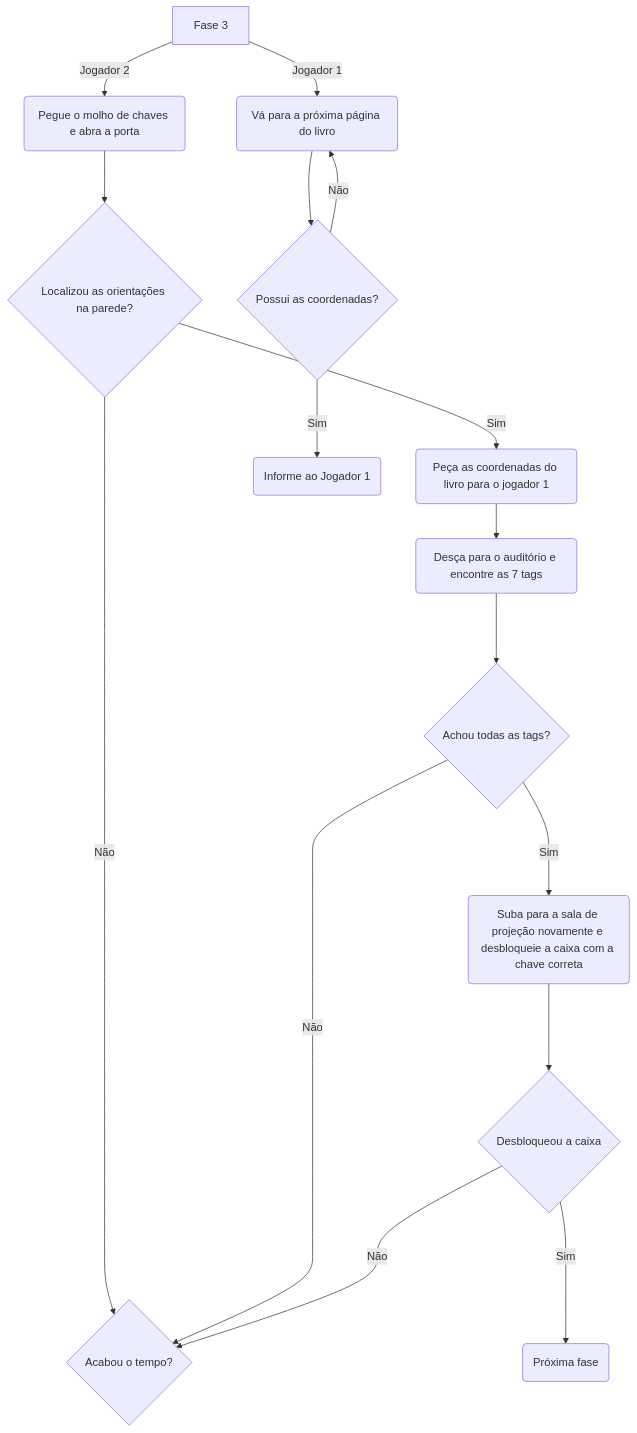
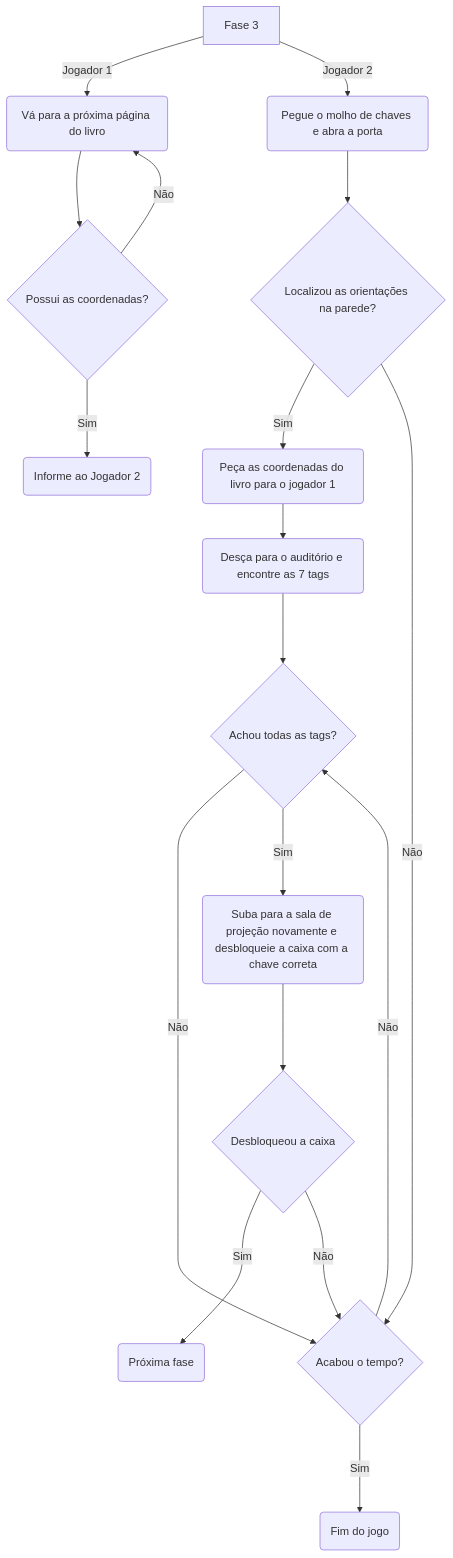
The fourth of 4 diagrams in README.md (DinamicCreative/EscapeRoom), drawn with Mermaid before and after one commit.

````diff
--- a/README.md
+++ b/README.md
@@ -110,24 +110,26 @@
 ```mermaid
 flowchart TD
   AA[Fase 3]
   AA --> |Jogador 1| BB(Vá para a próxima página do livro)
   AA --> |Jogador 2| CC(Pegue o molho de chaves e abra a porta)
   CC --> DD{Localizou as orientações na parede?}
  
  DD --> |Sim| LL(Peça as coordenadas do livro para o jogador 1)
 DD --> |Não| HH
 
 
  LL --> AAA(Desça para o auditório e encontre as 7 tags)
  AAA ---> BBB{Achou todas as tags?}
  BBB ---> |Não| HH{Acabou o tempo?}
  BBB ---> |Sim| CCC(Suba para a sala de projeção novamente e desbloqueie a caixa com a chave correta)
  CCC ---> DDD{Desbloqueou a caixa}
  DDD ---> |Sim| EEE(Próxima fase)
  DDD ---> |Não| HH
+ HH ---> |Sim| FF(Fim do jogo)
+ HH ---> |Não| BBB
 
 BB --> RR{Possui as coordenadas?}
-RR -->  |Sim| SS(Informe ao Jogador 1)
+RR -->  |Sim| SS(Informe ao Jogador 2)
 RR -->  |Não| BB
 
 ```
````
